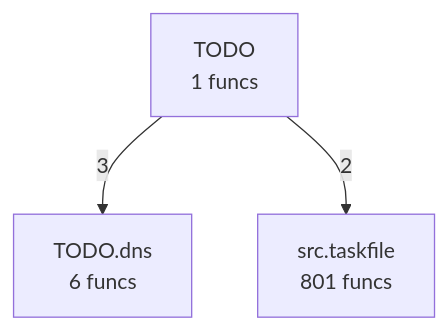
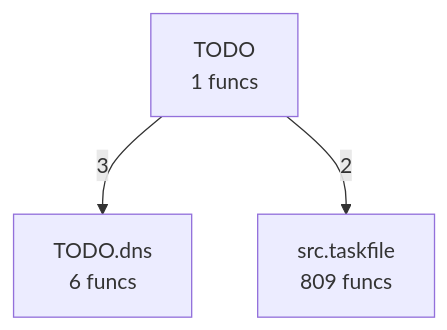
The diagram in project/compact_flow.mmd (pyfunc/taskfile), drawn with Mermaid before and after one commit. The commit also changed 25 other files, not shown here.

```diff
--- a/project/compact_flow.mmd
+++ b/project/compact_flow.mmd
@@ -1,6 +1,6 @@
 flowchart TD
     TODO["TODO<br/>1 funcs"]
     TODO__dns["TODO.dns<br/>6 funcs"]
-    src__taskfile["src.taskfile<br/>801 funcs"]
+    src__taskfile["src.taskfile<br/>809 funcs"]
     TODO -->|3| TODO__dns
     TODO -->|2| src__taskfile
```
